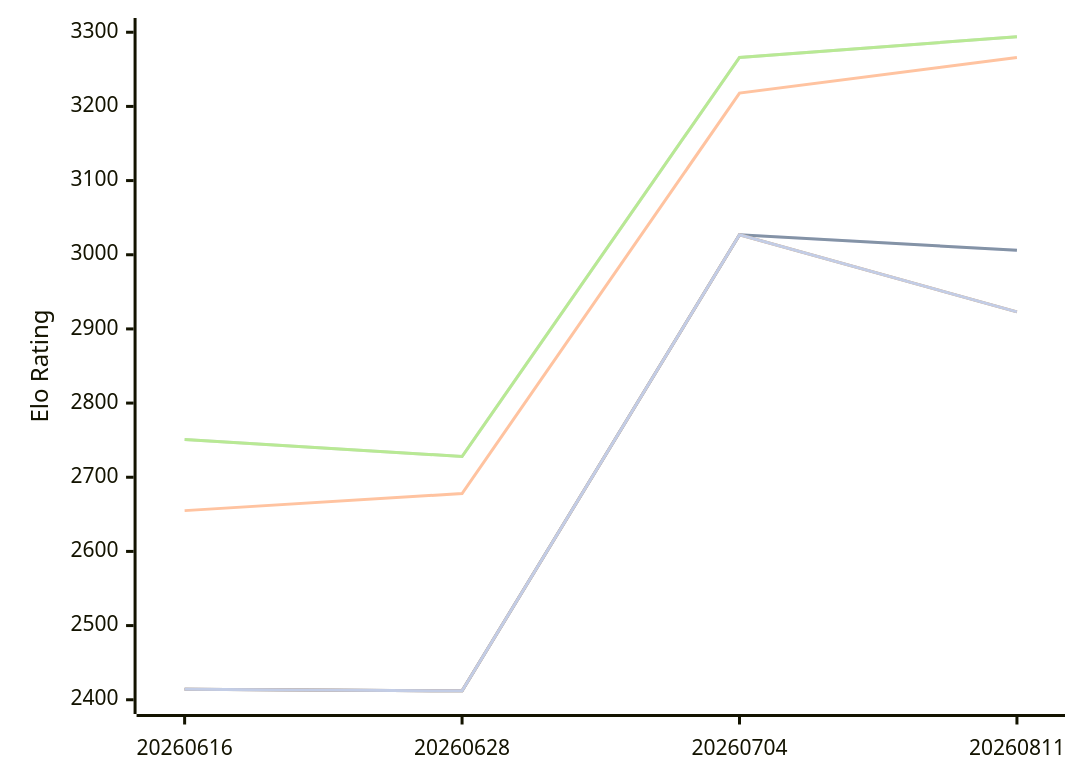
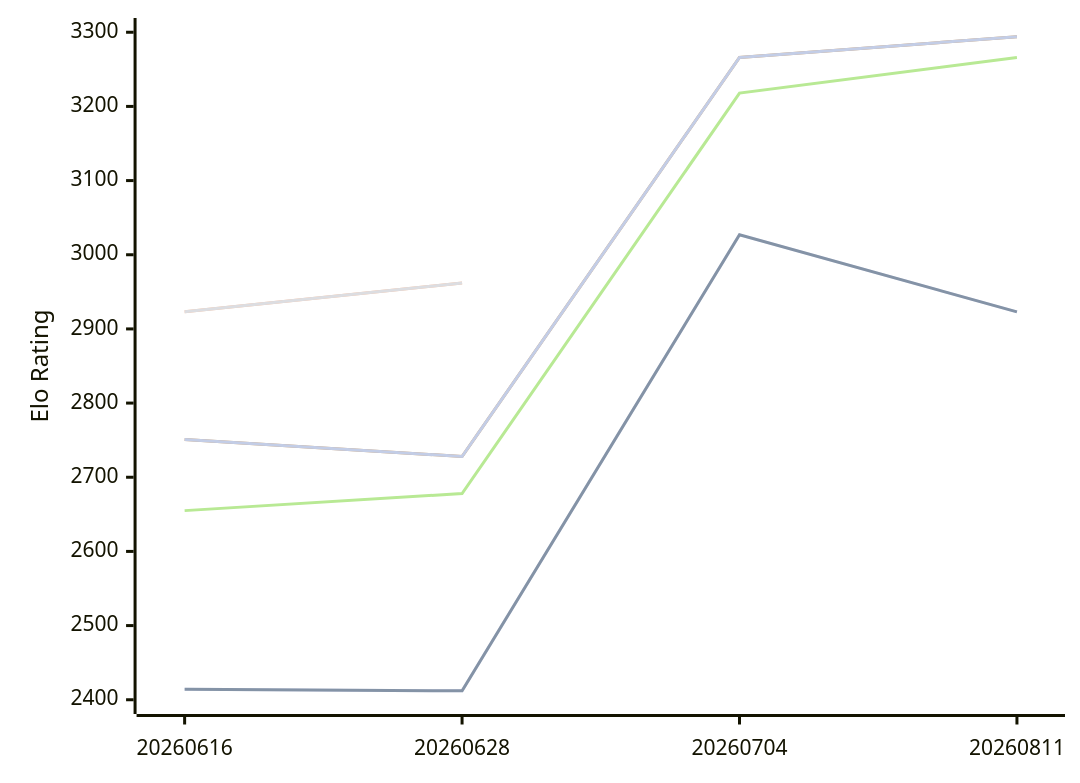
Before and after one commit to computer-chess-index/cci: the diagram in engines/Askaig.md, drawn with Mermaid. The commit also changed other lines of this file, not shown here.

Commit message:
Update CCI Ratings (ELO VLTC) - 2026-10-11

````diff
--- a/engines/Askaig.md
+++ b/engines/Askaig.md
@@ -52,13 +52,13 @@
 ```mermaid
 %%{init: {"theme":"base","themeVariables":{"seriesColors:['#a3a3a3','#222221','#faa371']}}}%%
 xychart-beta
   x-axis ["20260616", "20260628", "20260704", "20260811"]
   y-axis "Elo Rating" 2400 --> 3300
-  line "" [2414, 2412, 3027, 3006]
-  line "T1: STC (8.0+0.08s)" [2414, 2412, 3027, 3006]
+  line "" [2414, 2412, 3027,2923, 2962]
+  line "E1: STC (8.0+0.08s)" [2414, 2412, 3027,2923, 2962]
+  line "" [2923, 2962]
+  line "T1: STC (8.0+0.08s)" [2923, 2962]
   line "T1: LTC (60.0+0.60s)" [2655, 2678, 3218, 3266]
   line "" [2751, 2728, 3266, 3294]
   line "T1: VLTC (2m24s+1.12s)" [2751, 2728, 3266, 3294]
-  line "" [2414, 2412, 3027,2923, 2962]
-  line "E1: STC (8.0+0.08s)" [2414, 2412, 3027,2923, 2962]
 ```
````
